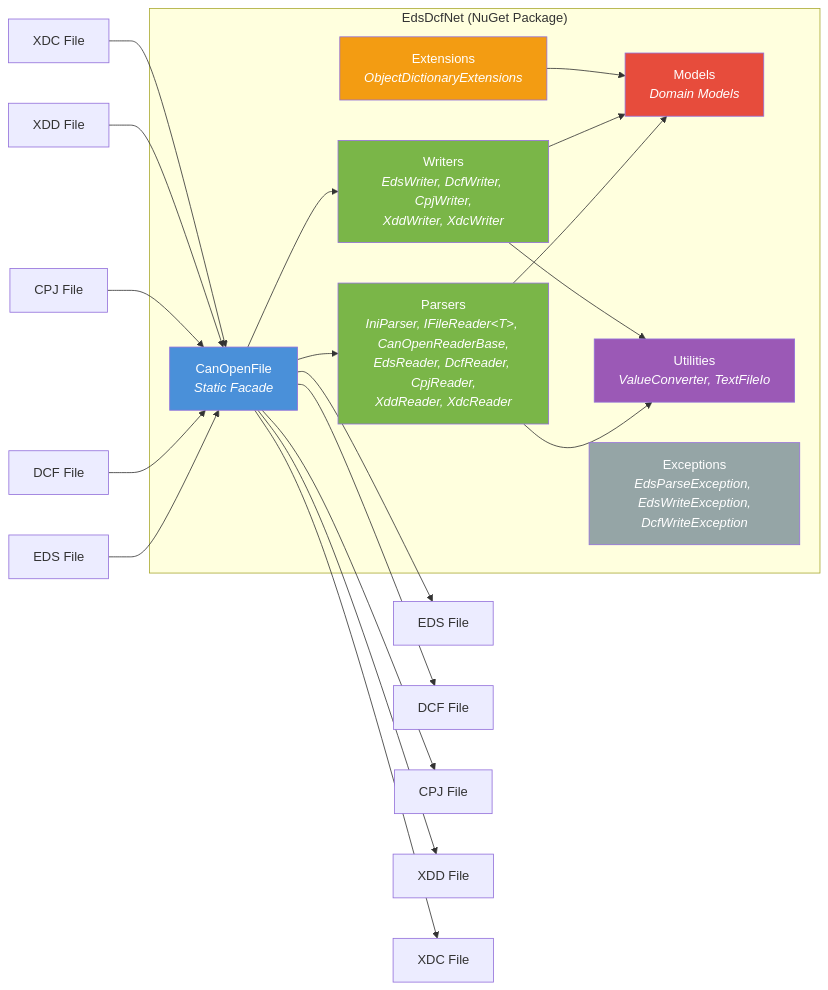
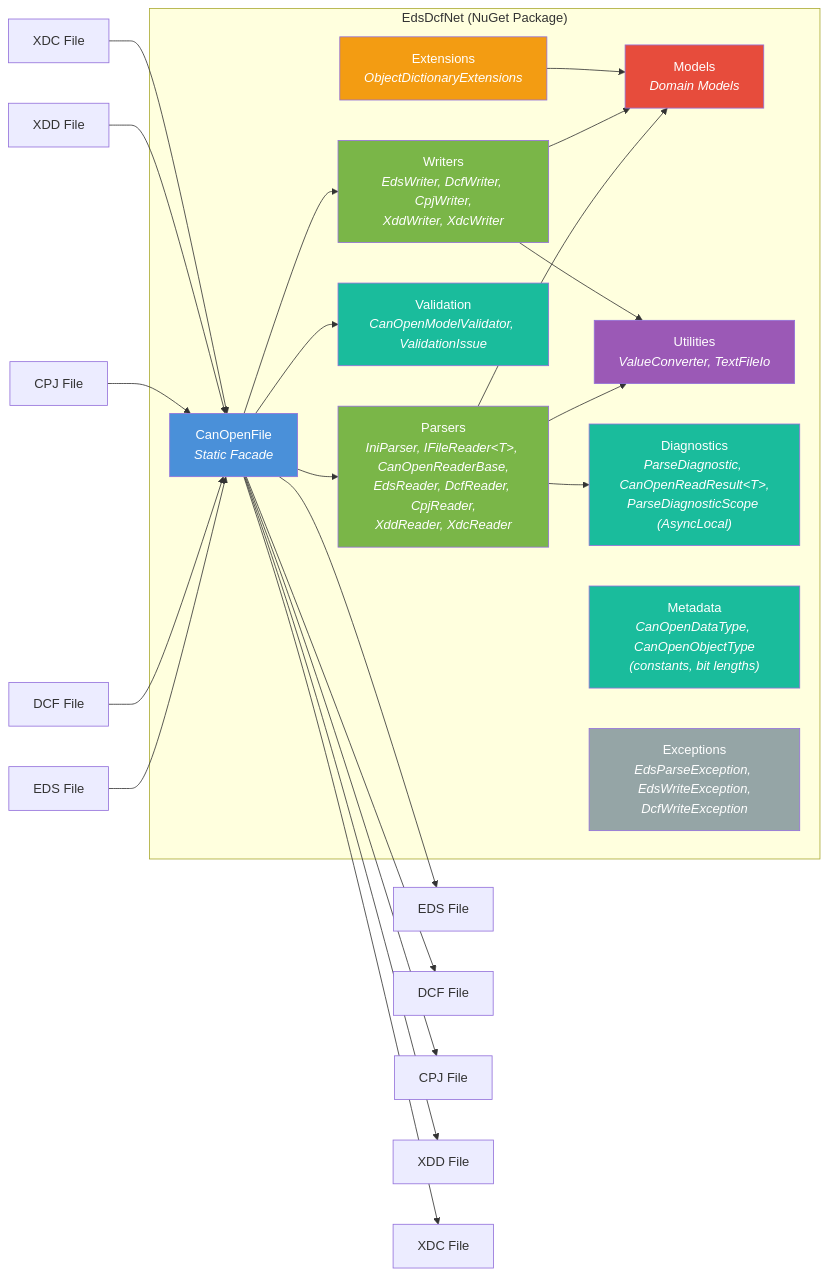
Before and after one commit to dborgards/eds-dcf-net: the first of 8 diagrams in docs/architecture/05-building-block-view.md, drawn with Mermaid. The commit also changed other lines of this file and 7 other files, not shown here.

First line of the commit message:
docs: align architecture docs, remarks, examples, README with 1.13 surface (#547) (#552)

````diff
--- a/docs/architecture/05-building-block-view.md
+++ b/docs/architecture/05-building-block-view.md
@@ -5,38 +5,46 @@
 ```mermaid
 graph LR
     subgraph EdsDcfNet ["EdsDcfNet (NuGet Package)"]
         API["CanOpenFile<br/><i>Static Facade</i>"]
         Parsers["Parsers<br/><i>IniParser, IFileReader&lt;T&gt;, CanOpenReaderBase,<br/>EdsReader, DcfReader, CpjReader,<br/>XddReader, XdcReader</i>"]
         Writers["Writers<br/><i>EdsWriter, DcfWriter, CpjWriter,<br/>XddWriter, XdcWriter</i>"]
         Models["Models<br/><i>Domain Models</i>"]
         Utilities["Utilities<br/><i>ValueConverter, TextFileIo</i>"]
+        Diagnostics["Diagnostics<br/><i>ParseDiagnostic, CanOpenReadResult&lt;T&gt;,<br/>ParseDiagnosticScope (AsyncLocal)</i>"]
+        Validation["Validation<br/><i>CanOpenModelValidator, ValidationIssue</i>"]
+        Metadata["Metadata<br/><i>CanOpenDataType, CanOpenObjectType<br/>(constants, bit lengths)</i>"]
         Extensions["Extensions<br/><i>ObjectDictionaryExtensions</i>"]
         Exceptions["Exceptions<br/><i>EdsParseException, EdsWriteException,<br/>DcfWriteException</i>"]
     end
 
     EDS["EDS File"] --> API
     DCF_In["DCF File"] --> API
     CPJ_In["CPJ File"] --> API
     XDD_In["XDD File"] --> API
     XDC_In["XDC File"] --> API
     API --> EDS_Out["EDS File"]
     API --> DCF_Out["DCF File"]
     API --> CPJ_Out["CPJ File"]
     API --> XDD_Out["XDD File"]
     API --> XDC_Out["XDC File"]
     API --> Parsers
     API --> Writers
+    API --> Validation
     Parsers --> Models
     Writers --> Models
     Parsers --> Utilities
     Writers --> Utilities
+    Parsers --> Diagnostics
     Extensions --> Models
 
     style API fill:#4A90D9,color:#fff
     style Parsers fill:#7AB648,color:#fff
     style Writers fill:#7AB648,color:#fff
     style Models fill:#E74C3C,color:#fff
     style Utilities fill:#9B59B6,color:#fff
+    style Diagnostics fill:#1ABC9C,color:#fff
+    style Validation fill:#1ABC9C,color:#fff
+    style Metadata fill:#1ABC9C,color:#fff
     style Extensions fill:#F39C12,color:#fff
     style Exceptions fill:#95A5A6,color:#fff
 ```
````
